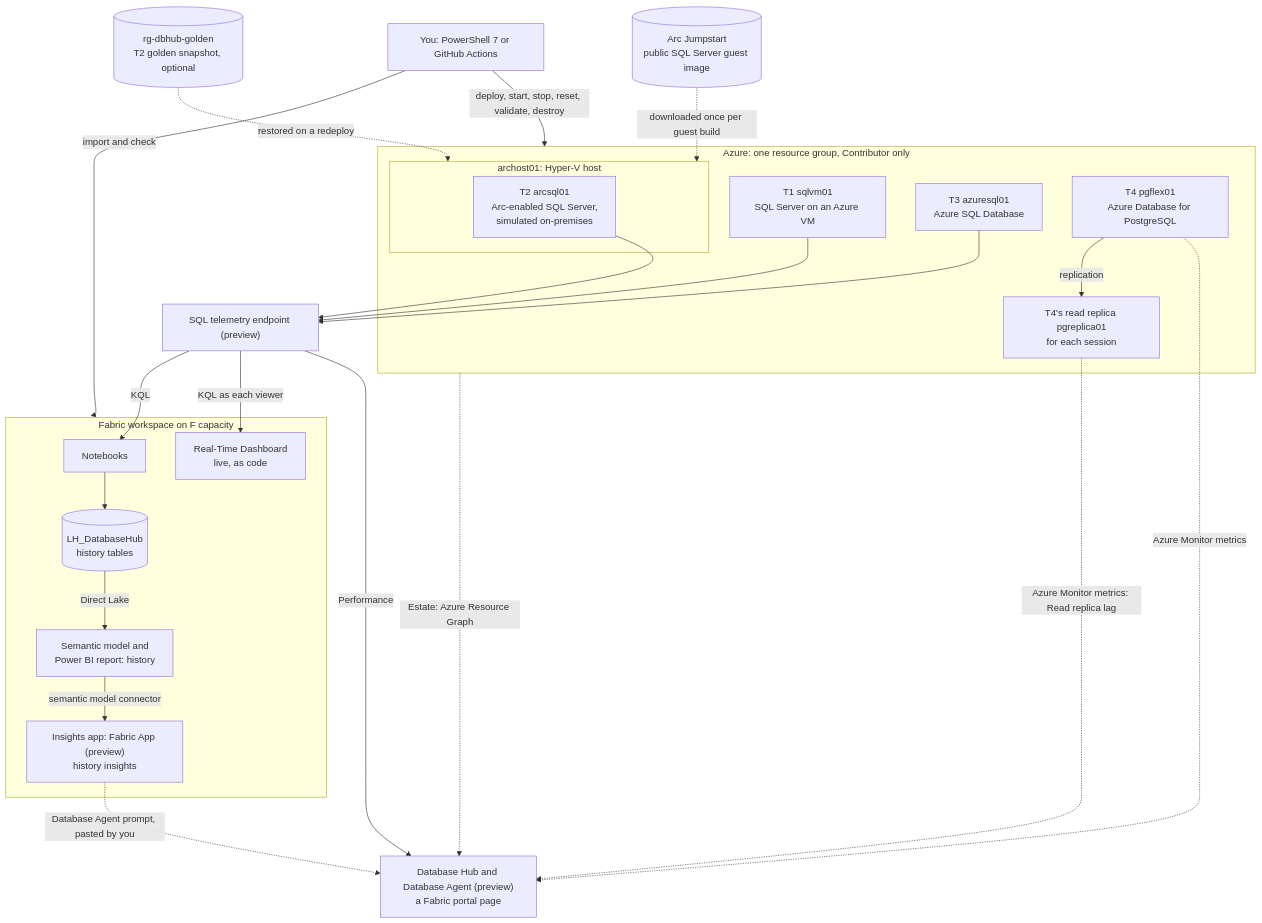
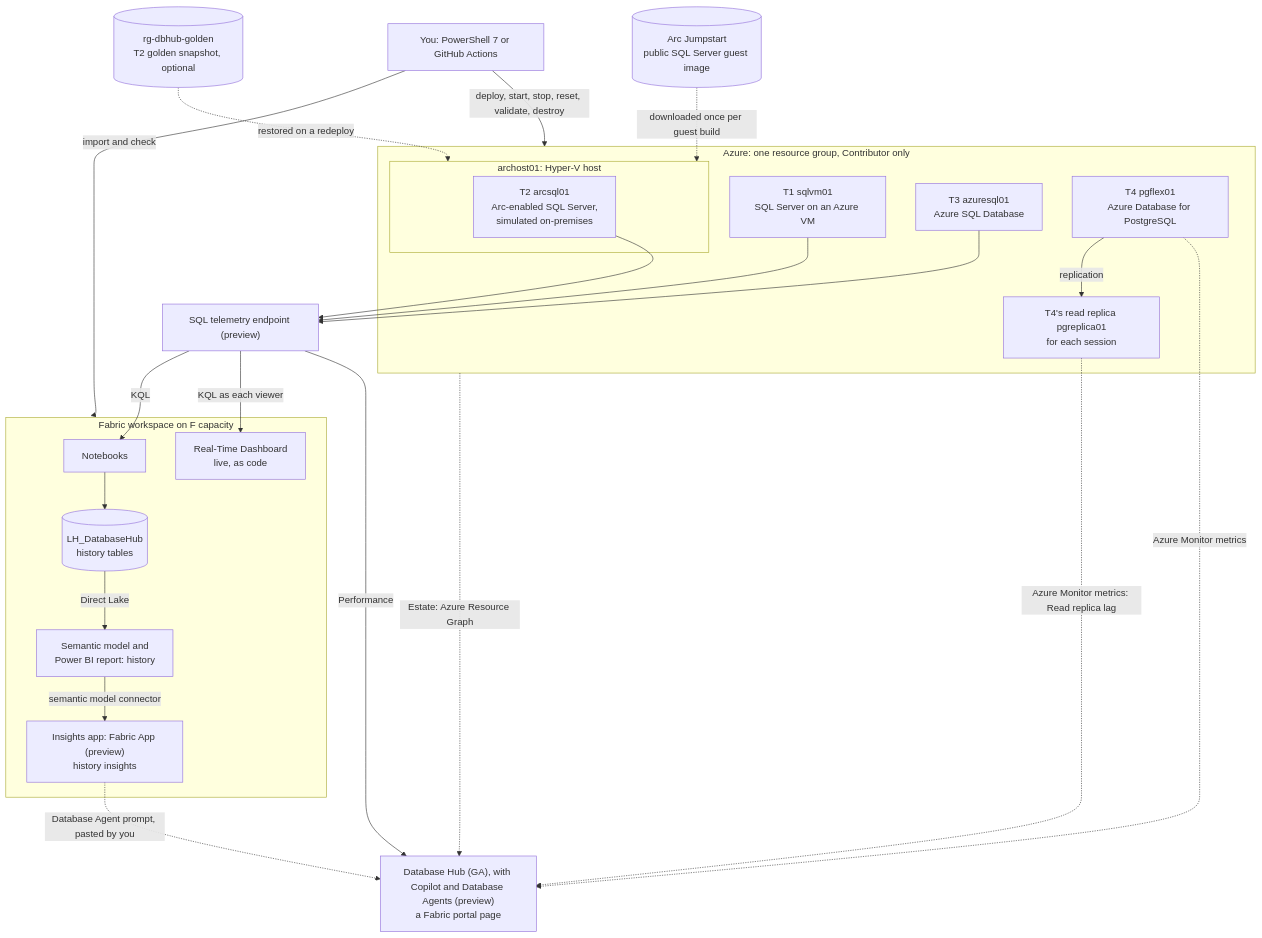
Before and after one commit to MarcBushong/fabric-database-hub-demo: the second of 5 diagrams in docs/architecture.md, drawn with Mermaid. The commit also changed other lines of this file and 94 other files, not shown here.

````diff
--- a/docs/architecture.md
+++ b/docs/architecture.md
@@ -103,42 +103,42 @@
 ```mermaid
 flowchart TB
   OP["You: PowerShell 7 or GitHub Actions"]
   subgraph RG["Azure: one resource group, Contributor only"]
     T1["T1 sqlvm01<br/>SQL Server on an Azure VM"]
     subgraph HOST["archost01: Hyper-V host"]
       T2["T2 arcsql01<br/>Arc-enabled SQL Server,<br/>simulated on-premises"]
     end
     T3["T3 azuresql01<br/>Azure SQL Database"]
     T4["T4 pgflex01<br/>Azure Database for PostgreSQL"]
     T4R["T4's read replica pgreplica01<br/>for each session"]
   end
   GOLD[("rg-dbhub-golden<br/>T2 golden snapshot, optional")]
   JS[("Arc Jumpstart<br/>public SQL Server guest image")]
   TEL["SQL telemetry endpoint (preview)"]
-  HUB["Database Hub and Database Agent (preview)<br/>a Fabric portal page"]
+  HUB["Database Hub (GA), with Copilot and Database Agents (preview)<br/>a Fabric portal page"]
   subgraph WS["Fabric workspace on F capacity"]
     NB["Notebooks"]
     LH[("LH_DatabaseHub<br/>history tables")]
     RTD["Real-Time Dashboard<br/>live, as code"]
     PBI["Semantic model and<br/>Power BI report: history"]
     APP["Insights app: Fabric App (preview)<br/>history insights"]
   end
   OP -- "deploy, start, stop, reset, validate, destroy" --> RG
   OP -- "import and check" --> WS
   JS -. "downloaded once per guest build" .-> HOST
   GOLD -. "restored on a redeploy" .-> HOST
   T1 --> TEL
   T2 --> TEL
   T3 --> TEL
   RG -. "Estate: Azure Resource Graph" .-> HUB
   TEL -- "Performance" --> HUB
   T4 -. "Azure Monitor metrics" .-> HUB
   T4 -- "replication" --> T4R
   T4R -. "Azure Monitor metrics: Read replica lag" .-> HUB
   TEL -- "KQL as each viewer" --> RTD
   TEL -- "KQL" --> NB
   NB --> LH
   LH -- "Direct Lake" --> PBI
   PBI -- "semantic model connector" --> APP
   APP -. "Database Agent prompt, pasted by you" .-> HUB
 ```
````
